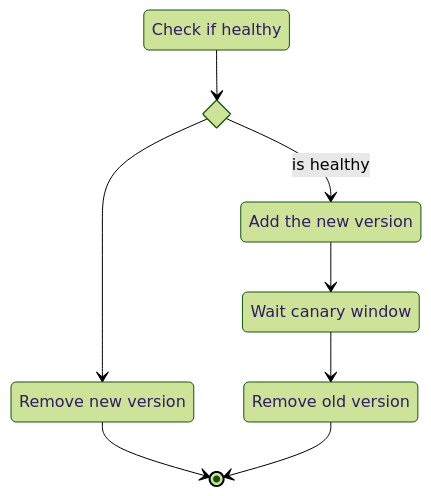
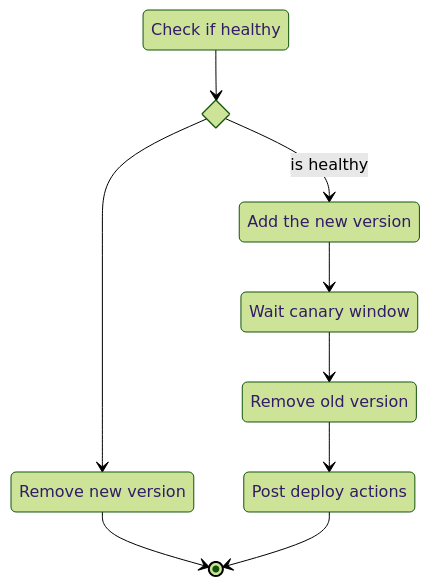
The second of 4 diagrams in README.md (anddimario/interstellar), drawn with Mermaid (forest theme) before and after one commit. The commit also changed other lines of this file and 6 other files, not shown here.

````diff
--- a/README.md
+++ b/README.md
@@ -48,16 +51,18 @@
 ```mermaid
 stateDiagram-v2
   wait: Wait canary window
   check: Check if healthy
   add: Add the new version
   not_healthy: Remove new version
   remove_old: Remove old version
+  post_deploy: Post deploy actions
   state is_healthy <<choice>>
   check --> is_healthy
   is_healthy --> add : is healthy
   is_healthy --> not_healthy
   add --> wait
   wait --> remove_old
   not_healthy --> [*]
-  remove_old --> [*]
+  remove_old --> post_deploy
+  post_deploy --> [*]
 ```
````
